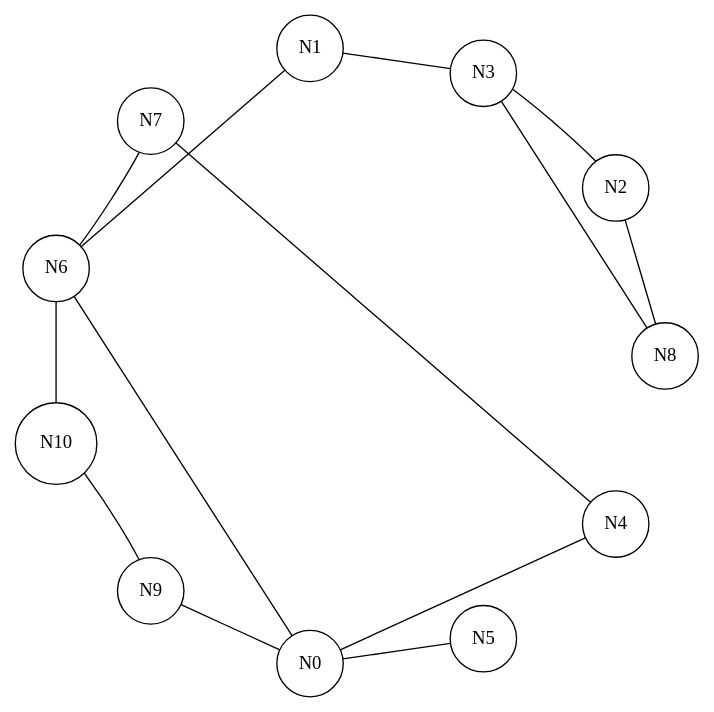
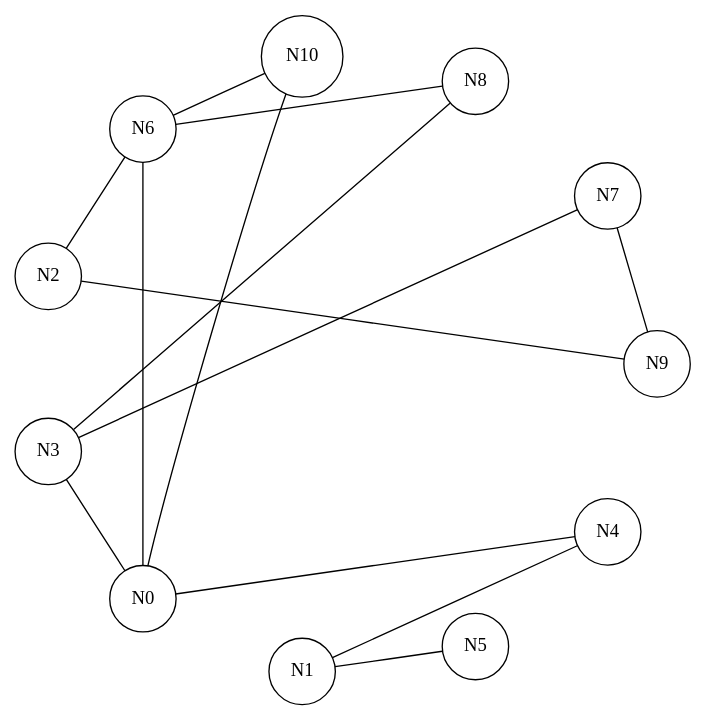
Before and after one commit to Sztormus/Grafy: the diagram in Projekt 2/1/output1.dot, drawn with Graphviz. The commit also changed 11 other files, not shown here.

```diff
--- a/Projekt 2/1/output1.dot
+++ b/Projekt 2/1/output1.dot
@@ -1,29 +1,29 @@
 digraph G
 {
 	layout="circo";
 	node [shape = circle];
 	N0 -> N1 [arrowhead=none][style=invis]
 	N1 -> N2 [arrowhead=none][style=invis]
 	N2 -> N3 [arrowhead=none][style=invis]
 	N3 -> N4 [arrowhead=none][style=invis]
 	N4 -> N5 [arrowhead=none][style=invis]
 	N5 -> N6 [arrowhead=none][style=invis]
 	N6 -> N7 [arrowhead=none][style=invis]
 	N7 -> N8 [arrowhead=none][style=invis]
 	N8 -> N9 [arrowhead=none][style=invis]
 	N9 -> N10 [arrowhead=none][style=invis]
 	N10 -> N0 [arrowhead=none][style=invis]
+	N3 -> N0 [arrowhead=none]
 	N4 -> N0 [arrowhead=none]
-	N5 -> N0 [arrowhead=none]
 	N6 -> N0 [arrowhead=none]
-	N9 -> N0 [arrowhead=none]
-	N3 -> N1 [arrowhead=none]
-	N6 -> N1 [arrowhead=none]
-	N3 -> N2 [arrowhead=none]
-	N8 -> N2 [arrowhead=none]
+	N10 -> N0 [arrowhead=none]
+	N4 -> N1 [arrowhead=none]
+	N5 -> N1 [arrowhead=none]
+	N6 -> N2 [arrowhead=none]
+	N9 -> N2 [arrowhead=none]
+	N7 -> N3 [arrowhead=none]
 	N8 -> N3 [arrowhead=none]
-	N7 -> N4 [arrowhead=none]
-	N7 -> N6 [arrowhead=none]
+	N8 -> N6 [arrowhead=none]
 	N10 -> N6 [arrowhead=none]
-	N10 -> N9 [arrowhead=none]
+	N9 -> N7 [arrowhead=none]
 }
```
